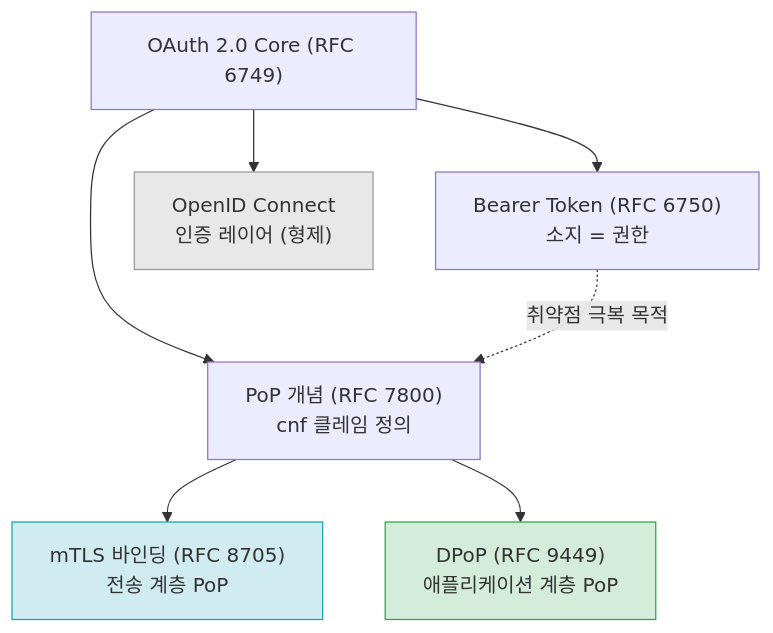
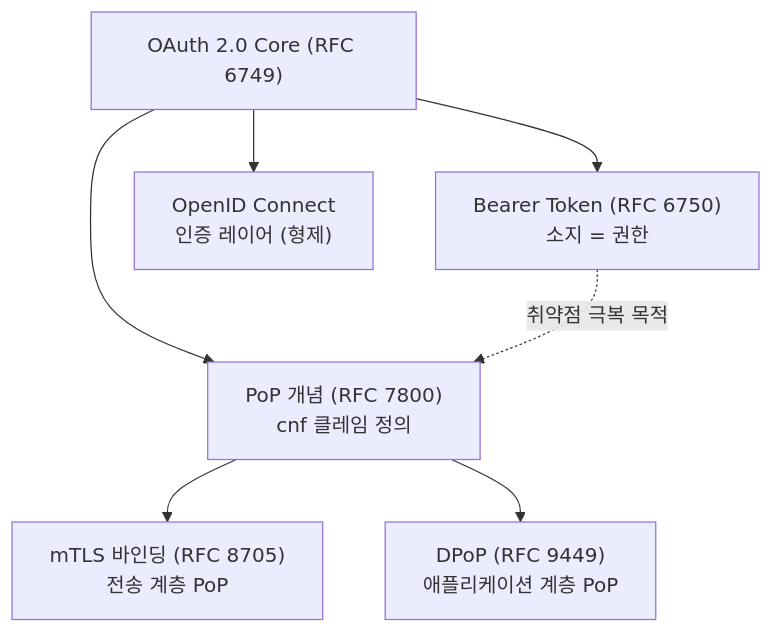
The first of 6 diagrams in spring-security/docs/auth-architecture/dpop-pop-architecture.md (gmoon92/toy), drawn with Mermaid before and after one commit. The commit also changed other lines of this file and 2 other files, not shown here.

````diff
--- a/spring-security/docs/auth-architecture/dpop-pop-architecture.md
+++ b/spring-security/docs/auth-architecture/dpop-pop-architecture.md
@@ -15,13 +15,9 @@
 ```mermaid
 graph TD
     A["OAuth 2.0 Core (RFC 6749)"] --> B["Bearer Token (RFC 6750)<br/>소지 = 권한"]
     A --> C["OpenID Connect<br/>인증 레이어 (형제)"]
     A --> D["PoP 개념 (RFC 7800)<br/>cnf 클레임 정의"]
     D --> E["mTLS 바인딩 (RFC 8705)<br/>전송 계층 PoP"]
     D --> F["DPoP (RFC 9449)<br/>애플리케이션 계층 PoP"]
     B -. "취약점 극복 목적" .-> D
-
-    style C fill:#e8e8e8,stroke:#999
-    style F fill:#d4edda,stroke:#28a745
-    style E fill:#d1ecf1,stroke:#17a2b8
 ```
````
